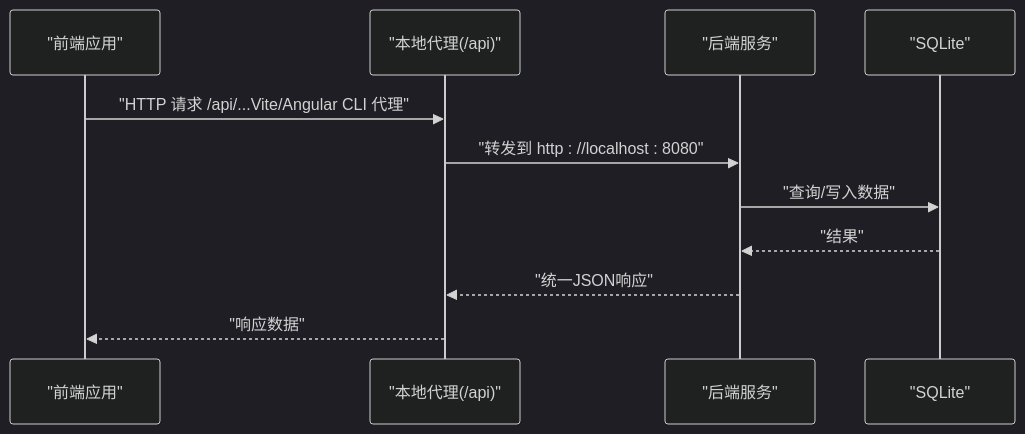
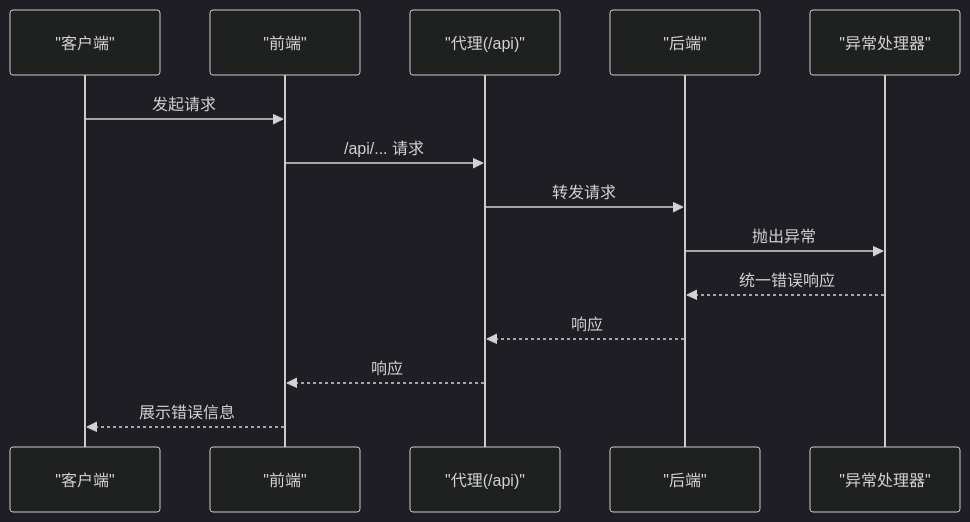
One commit to alexy2008/TimeCapsule changed the fourth of 6 diagrams in .qoder/repowiki/zh/content/故障排除.md. Above: the diagram before and after it, drawn with Mermaid (dark theme). The commit also changed other lines of this file and 247 other files, not shown here.

````diff
--- a/.qoder/repowiki/zh/content/故障排除.md
+++ b/.qoder/repowiki/zh/content/故障排除.md
@@ -96,13 +175,16 @@
 ```mermaid
 sequenceDiagram
-participant FE as "前端应用"
-participant Proxy as "本地代理(/api)"
-participant BE as "后端服务"
-participant DB as "SQLite"
-FE->>Proxy : "HTTP 请求 /api/...Vite/Angular CLI 代理"
-Proxy->>BE : "转发到 http : //localhost : 8080"
-BE->>DB : "查询/写入数据"
-DB-->>BE : "结果"
-BE-->>Proxy : "统一JSON响应"
-Proxy-->>FE : "响应数据"
+participant C as "客户端"
+participant F as "前端"
+participant P as "代理(/api)"
+participant B as "后端"
+participant E as "异常处理器"
+C->>F : 发起请求
+F->>P : /api/... 请求
+P->>B : 转发请求
+B->>E : 抛出异常
+E-->>B : 统一错误响应
+B-->>P : 响应
+P-->>F : 响应
+F-->>C : 展示错误信息
 ```
````
